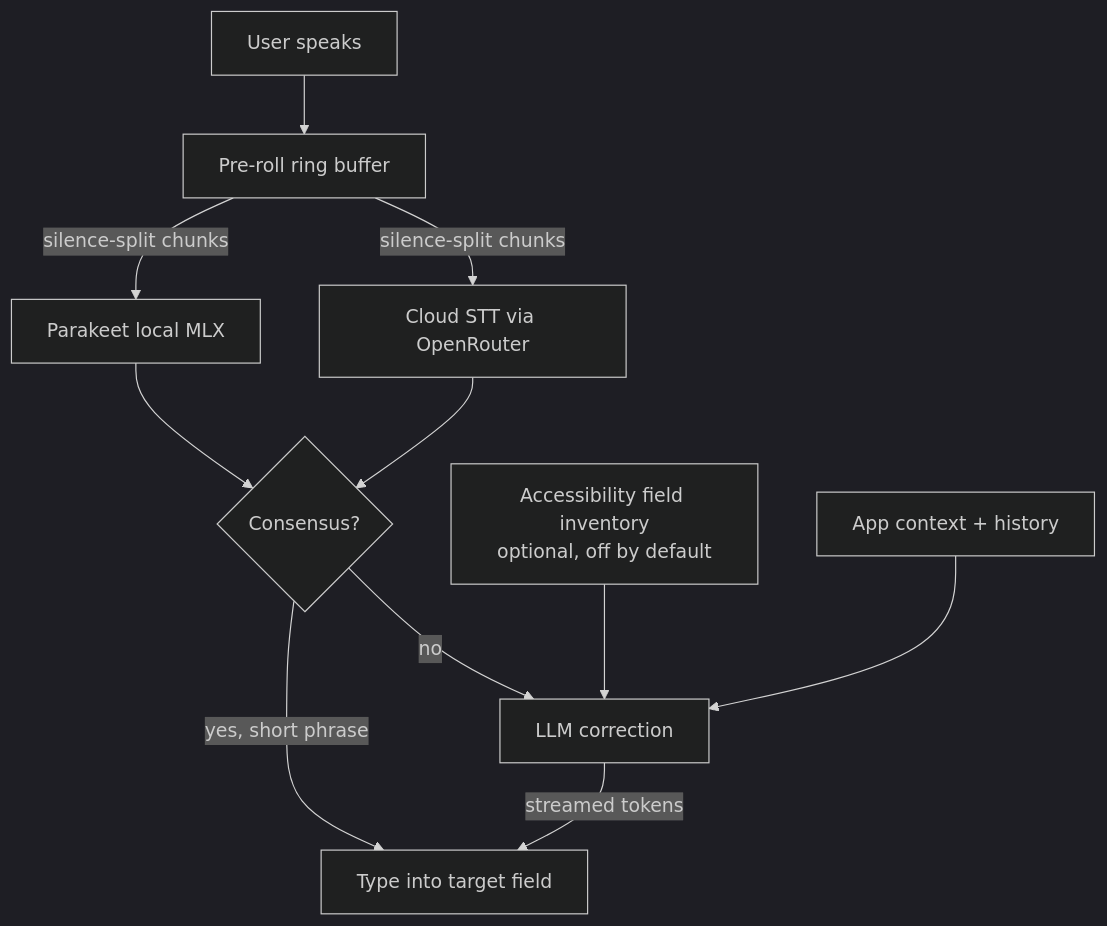
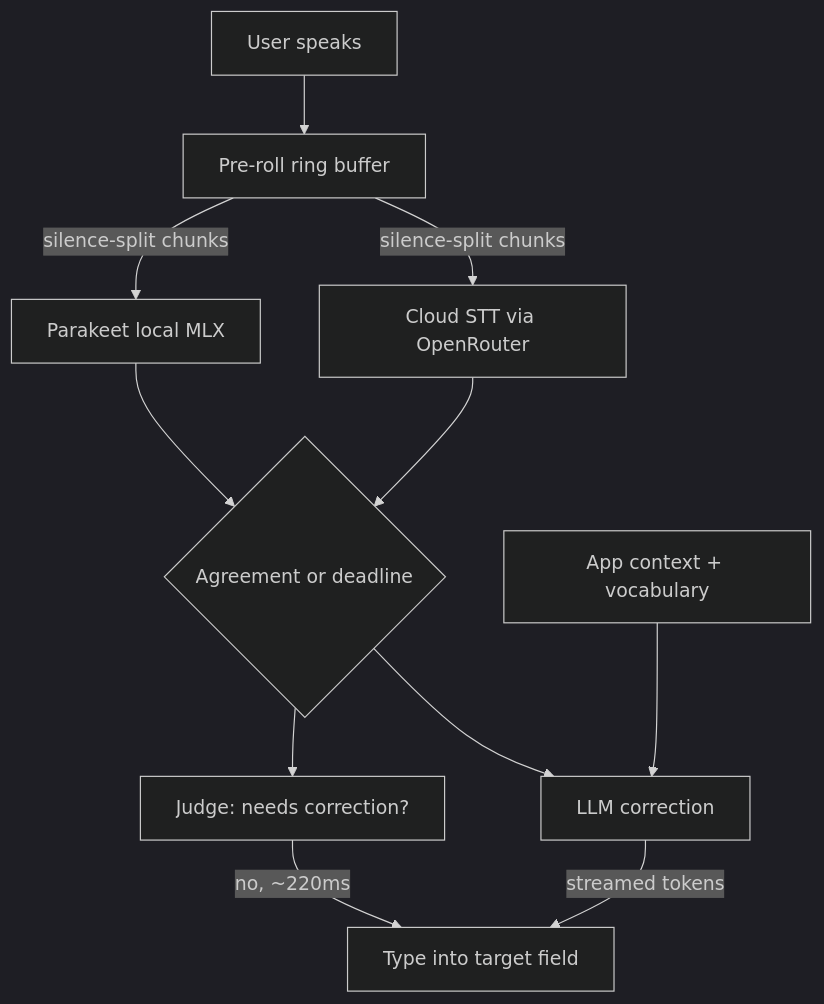
Before and after one commit to kalpit-S/mergescribe: the diagram in README.md, drawn with Mermaid (dark theme). The commit also changed other lines of this file and 48 other files, not shown here.

````diff
--- a/README.md
+++ b/README.md
@@ -22,17 +22,17 @@
 ```mermaid
 graph TD
     User[User speaks] --> Ring[Pre-roll ring buffer]
     Ring -->|silence-split chunks| Parakeet[Parakeet local MLX]
     Ring -->|silence-split chunks| Cloud[Cloud STT via OpenRouter]
 
-    Parakeet --> Consensus{Consensus?}
-    Cloud --> Consensus
+    Parakeet --> Wait{Agreement or deadline}
+    Cloud --> Wait
 
-    Consensus -->|yes, short phrase| Typer[Type into target field]
-    Consensus -->|no| LLM[LLM correction]
+    Wait --> LLM[LLM correction]
+    Wait --> Judge[Judge: needs correction?]
+    Judge -->|no, ~220ms| Typer[Type into target field]
 
-    AX[Accessibility field inventory<br/>optional, off by default] --> LLM
-    Context[App context + history] --> LLM
+    Context[App context + vocabulary] --> LLM
 
     LLM -->|streamed tokens| Typer
 ```
````
